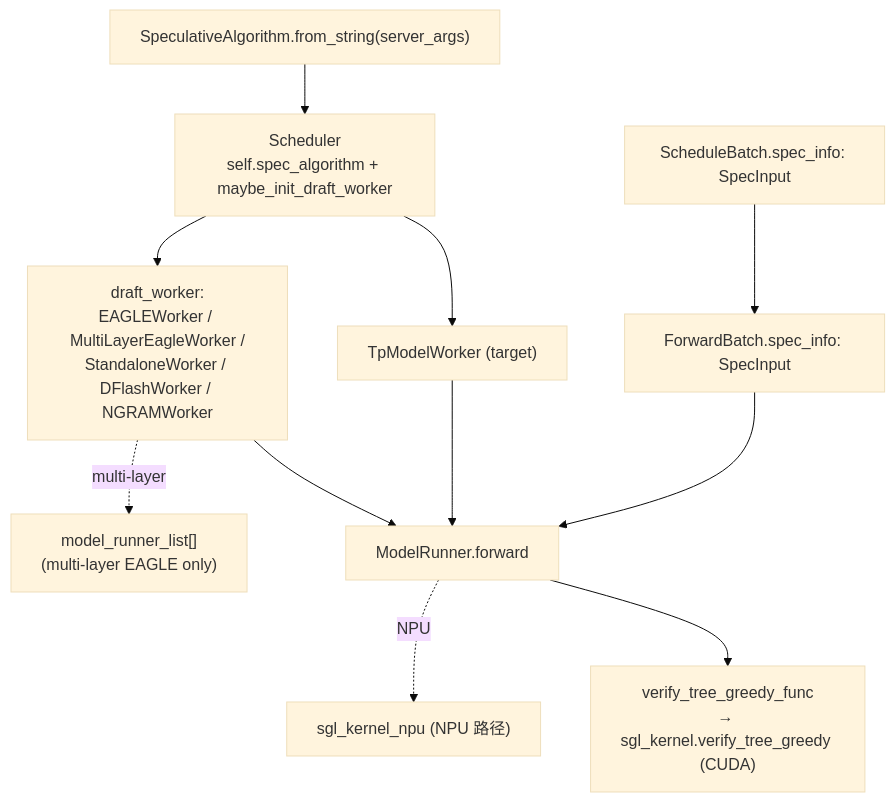
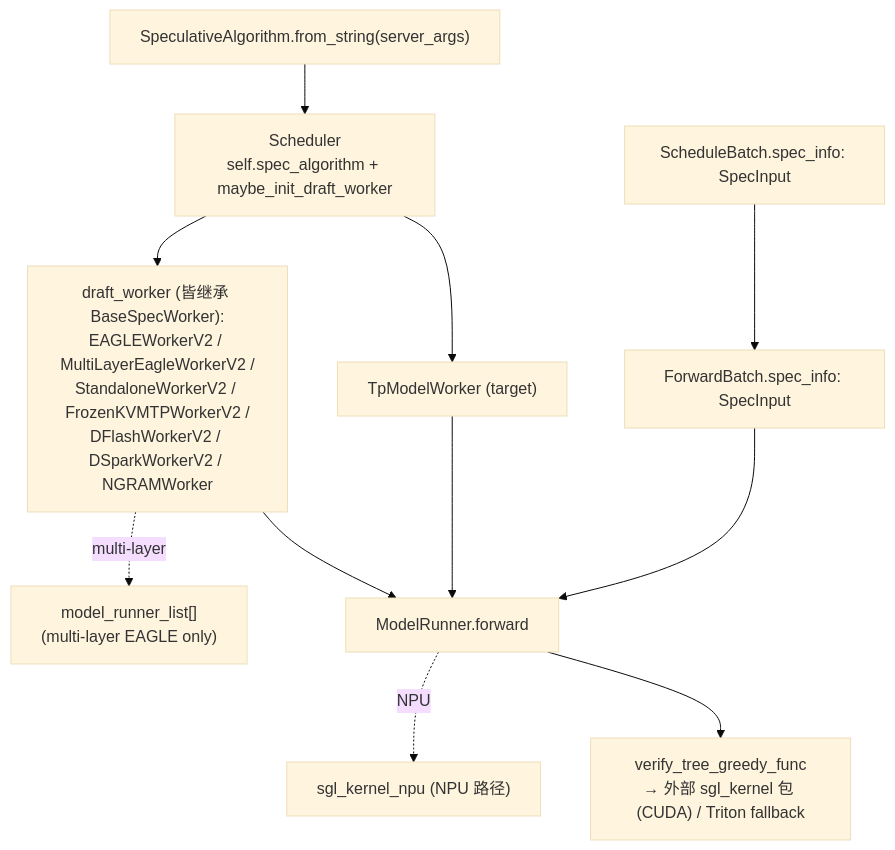
Before and after one commit to learning-sketch/wiki: the diagram in sglang/modules/speculative.md, drawn with Mermaid (base theme). The commit also changed other lines of this file and 2 other files, not shown here.

````diff
--- a/sglang/modules/speculative.md
+++ b/sglang/modules/speculative.md
@@ -72,22 +74,22 @@
 ```mermaid
 flowchart TB
     SA["SpeculativeAlgorithm.from_string(server_args)"]
     Sch["Scheduler<br/>self.spec_algorithm + maybe_init_draft_worker"]
     TW["TpModelWorker (target)"]
-    DW["draft_worker:<br/>EAGLEWorker / MultiLayerEagleWorker /<br/>StandaloneWorker / DFlashWorker / NGRAMWorker"]
+    DW["draft_worker (皆继承 BaseSpecWorker):<br/>EAGLEWorkerV2 / MultiLayerEagleWorkerV2 /<br/>StandaloneWorkerV2 / FrozenKVMTPWorkerV2 /<br/>DFlashWorkerV2 / DSparkWorkerV2 / NGRAMWorker"]
     MRL["model_runner_list[]<br/>(multi-layer EAGLE only)"]
     SB["ScheduleBatch.spec_info: SpecInput"]
     FB["ForwardBatch.spec_info: SpecInput"]
     MR["ModelRunner.forward"]
-    VG["verify_tree_greedy_func<br/>→ sgl_kernel.verify_tree_greedy (CUDA)"]
+    VG["verify_tree_greedy_func<br/>→ 外部 sgl_kernel 包 (CUDA) / Triton fallback"]
     NPU["sgl_kernel_npu (NPU 路径)"]
     SA --> Sch
     Sch --> TW
     Sch --> DW
     TW --> MR
     DW --> MR
     DW -.multi-layer.-> MRL
     SB --> FB --> MR
     MR --> VG
     MR -.NPU.-> NPU
 ```
````
